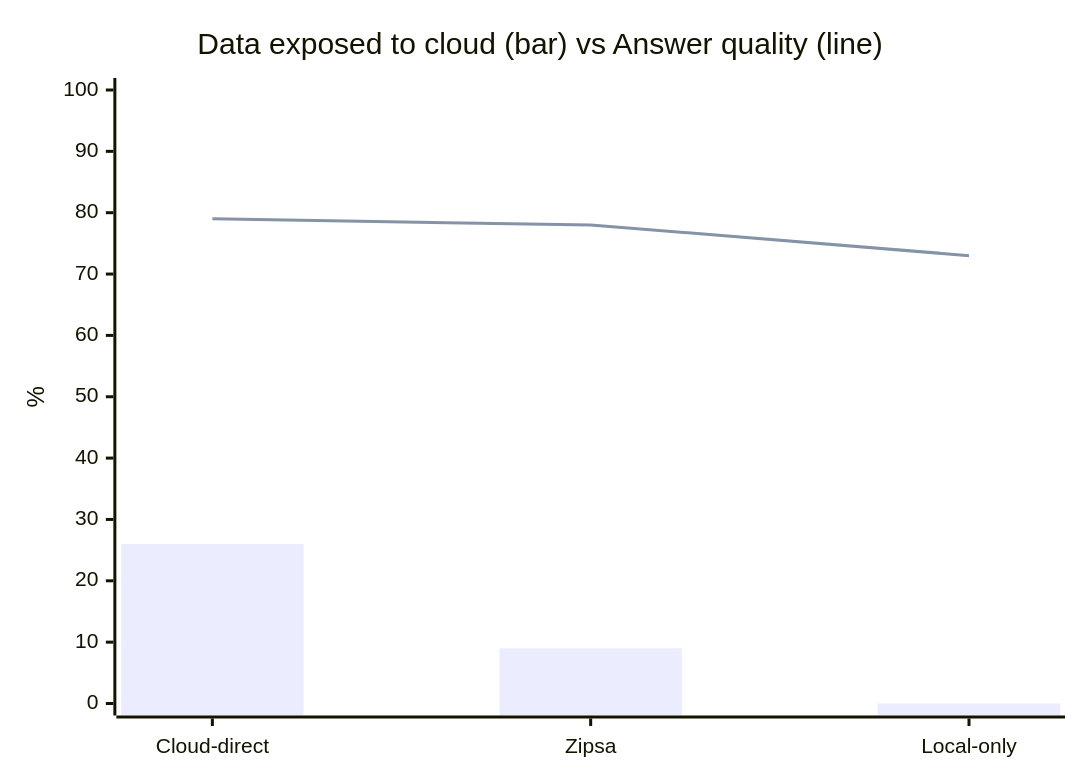
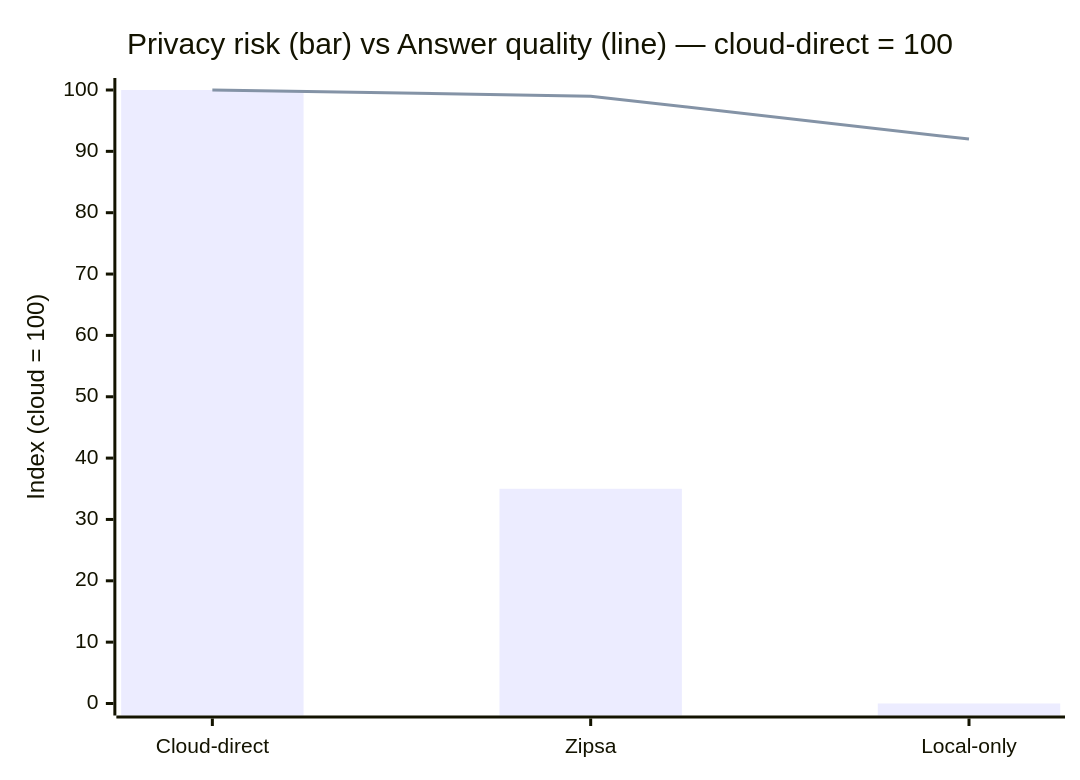
One commit to sulgik/zipsa changed the second of 2 diagrams in README.md. Above: the diagram before and after it, drawn with Mermaid. The commit also changed other lines of this file, not shown here.

First line of the commit message:
docs: reframe Does It Actually Work with cloud=100 index

````diff
--- a/README.md
+++ b/README.md
@@ -125,8 +127,8 @@
 ```mermaid
 xychart-beta
-    title "Data exposed to cloud (bar) vs Answer quality (line)"
+    title "Privacy risk (bar) vs Answer quality (line)  —  cloud-direct = 100"
     x-axis ["Cloud-direct", "Zipsa", "Local-only"]
-    y-axis "%" 0 --> 100
-    bar [26, 9, 0]
-    line [79, 78, 73]
+    y-axis "Index  (cloud = 100)" 0 --> 100
+    bar [100, 35, 0]
+    line [100, 99, 92]
 ```
````
